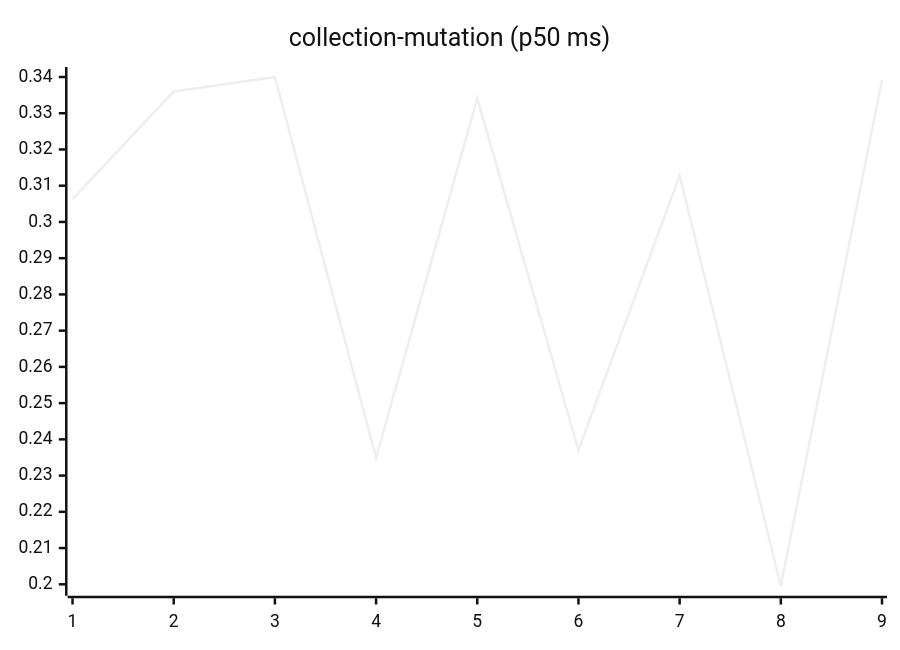
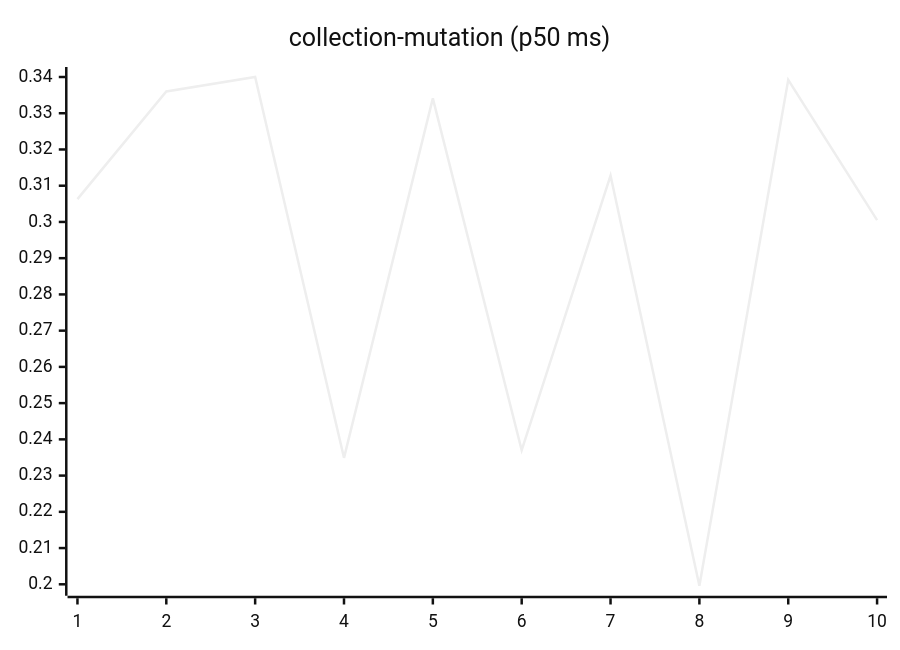
Before and after one commit to josha/Facet: the sixth of 27 diagrams in README.md, drawn with Mermaid (neutral theme). The commit also changed other lines of this file and 2 other files, not shown here.

````diff
--- a/README.md
+++ b/README.md
@@ -98,6 +98,6 @@
 ```mermaid
 xychart-beta
     title "collection-mutation (p50 ms)"
-    x-axis 1 --> 9
-    line [0.3063, 0.3360, 0.3400, 0.2349, 0.3341, 0.2370, 0.3128, 0.1996, 0.3392]
+    x-axis 1 --> 10
+    line [0.3063, 0.3360, 0.3400, 0.2349, 0.3341, 0.2370, 0.3128, 0.1996, 0.3392, 0.3005]
 ```
````
